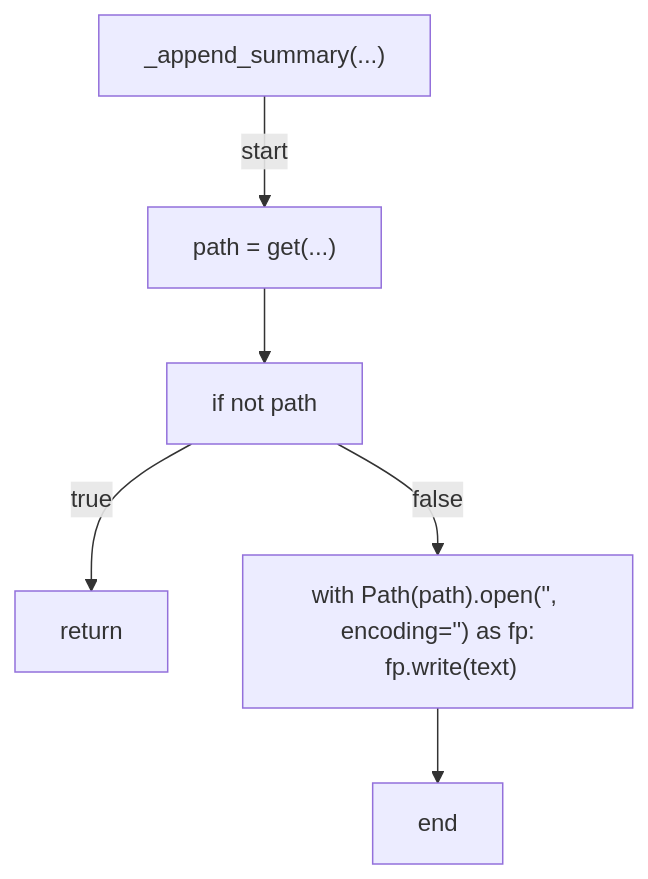
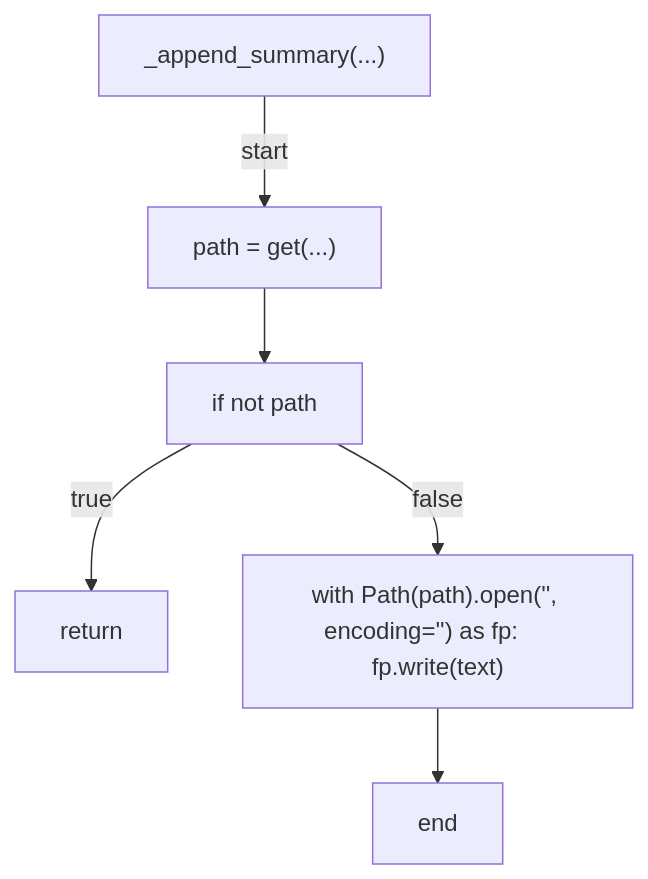
Before and after one commit to tvna/claude-md: diagram 14 of 17 in docs/generated/scripts/ast/scan_non_ascii.md, drawn with Mermaid. The commit also changed other lines of this file and 23 other files, not shown here.

First line of the commit message:
docs(generated): regenerate decision tree and workflow diagrams (batch 4/5)

````diff
--- a/docs/generated/scripts/ast/scan_non_ascii.md
+++ b/docs/generated/scripts/ast/scan_non_ascii.md
@@ -254,15 +251,14 @@
 ```mermaid
 flowchart TD
     N001["_append_summary(...)"]
     N002["path = get(...)"]
     N003["if not path"]
     N004["return"]
-    N005["with Path(path).open('<str>', encoding='<str>') as fp:
-    fp.write(text)"]
+    N005["with Path(path).open('<str>', encoding='<str>') as fp:     fp.write(text)"]
     N006["end"]
     N001 -->|"start"| N002
     N002 --> N003
     N003 -->|"true"| N004
     N003 -->|"false"| N005
     N005 --> N006
 ```
````
